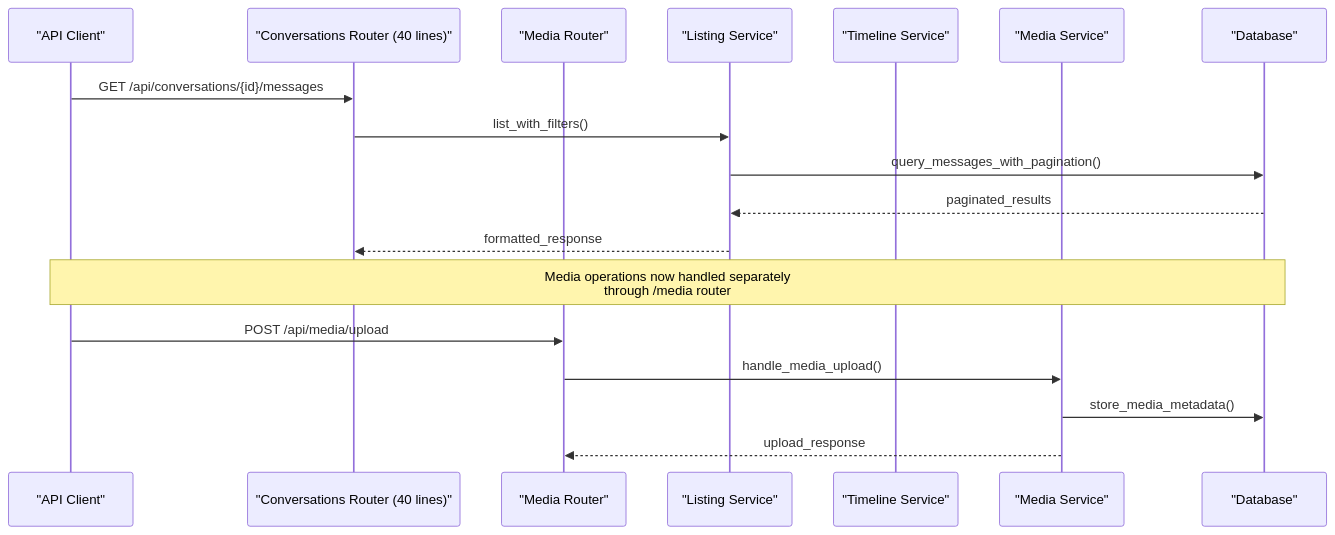
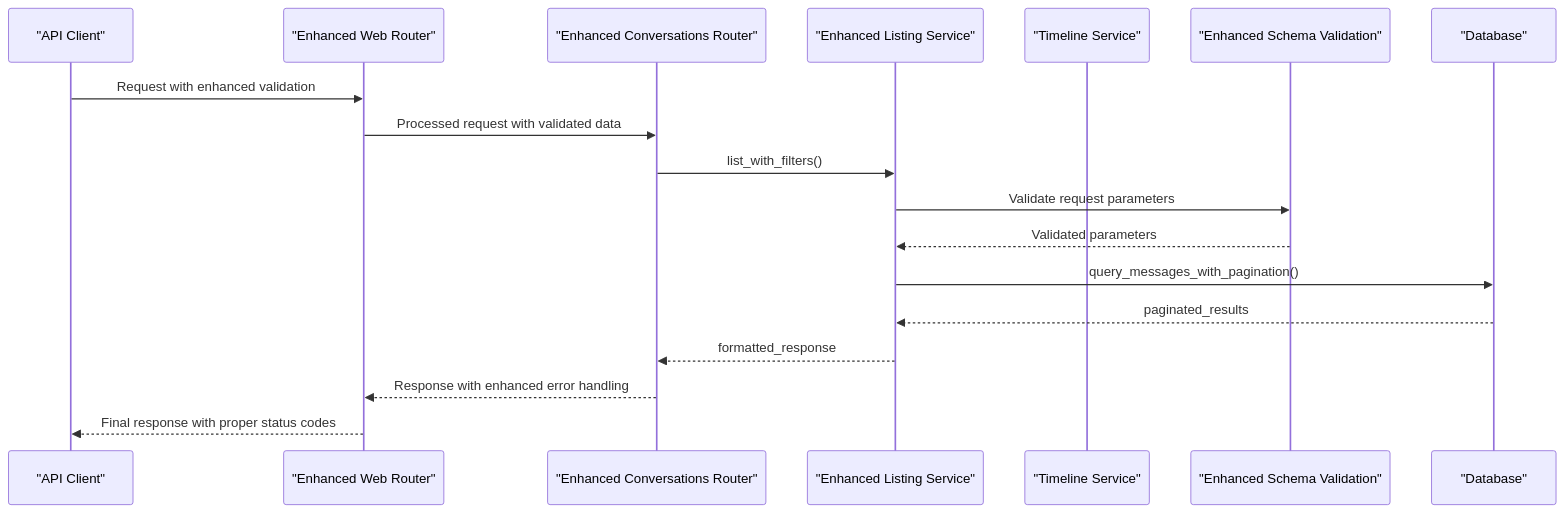
Before and after one commit to zuohaisu/wecom-archive: the second of 3 diagrams in .qoder/repowiki/en/content/API Reference/Conversations API.md, drawn with Mermaid. The commit also changed other lines of this file and 95 other files, not shown here.

````diff
--- a/.qoder/repowiki/en/content/API Reference/Conversations API.md
+++ b/.qoder/repowiki/en/content/API Reference/Conversations API.md
@@ -150,20 +162,20 @@
 ```mermaid
 sequenceDiagram
 participant Client as "API Client"
-participant ConversationsRouter as "Conversations Router (40 lines)"
-participant MediaRouter as "Media Router"
-participant ListingService as "Listing Service"
+participant WebRouter as "Enhanced Web Router"
+participant ConversationsRouter as "Enhanced Conversations Router"
+participant ListingService as "Enhanced Listing Service"
 participant TimelineService as "Timeline Service"
-participant MediaService as "Media Service"
+participant SchemaValidation as "Enhanced Schema Validation"
 participant DB as "Database"
-Client->>ConversationsRouter : GET /api/conversations/{id}/messages
+Client->>WebRouter : Request with enhanced validation
+WebRouter->>ConversationsRouter : Processed request with validated data
 ConversationsRouter->>ListingService : list_with_filters()
+ListingService->>SchemaValidation : Validate request parameters
+SchemaValidation-->>ListingService : Validated parameters
 ListingService->>DB : query_messages_with_pagination()
 DB-->>ListingService : paginated_results
 ListingService-->>ConversationsRouter : formatted_response
-Note over Client,DB : Media operations now handled separately<br/>through /media router
-Client->>MediaRouter : POST /api/media/upload
-MediaRouter->>MediaService : handle_media_upload()
-MediaService->>DB : store_media_metadata()
-MediaService-->>MediaRouter : upload_response
+ConversationsRouter-->>WebRouter : Response with enhanced error handling
+WebRouter-->>Client : Final response with proper status codes
 ```
````
